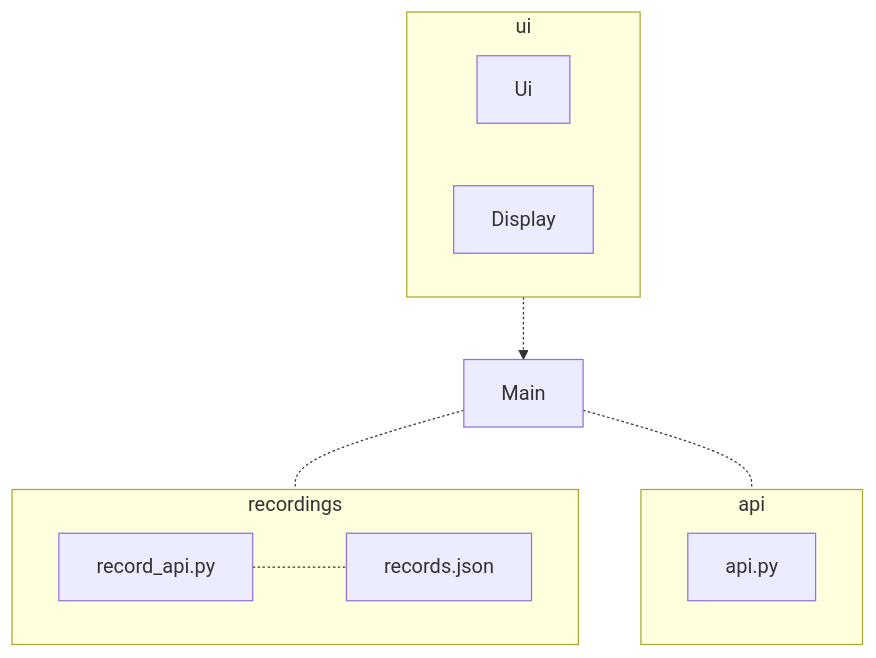
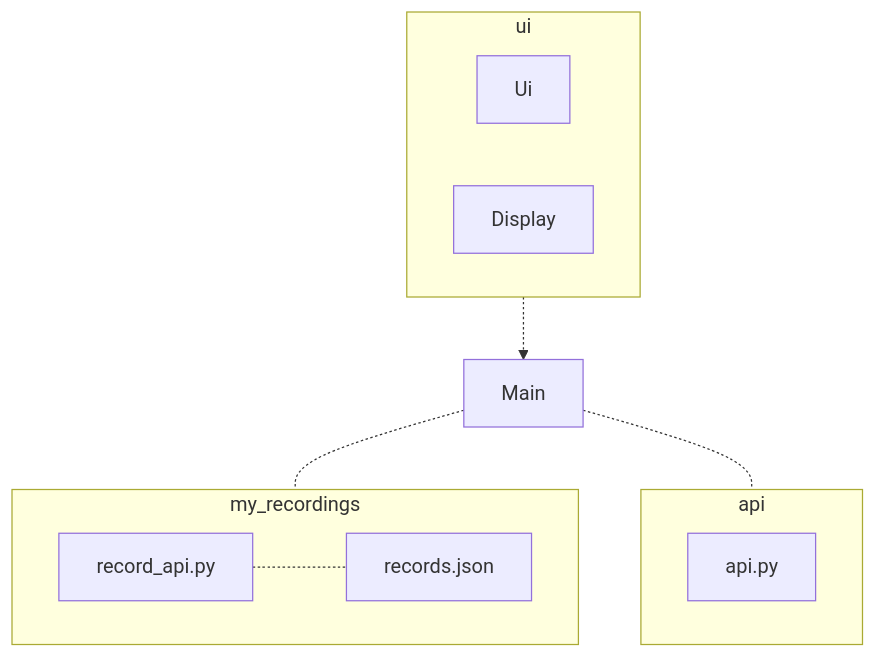
The first of 4 diagrams in bussitt-app/dokumentaatio/arkkitehtuuri.md (astranero/ot-harjoitustyo-1), drawn with Mermaid before and after one commit. The commit also changed other lines of this file and 2 other files, not shown here.

Commit message:
updated gitignore and arkkitehtuuri.md

````diff
--- a/bussitt-app/dokumentaatio/arkkitehtuuri.md
+++ b/bussitt-app/dokumentaatio/arkkitehtuuri.md
@@ -5,24 +5,24 @@
 ```mermaid
 flowchart TB
     subgraph ui
     Ui
     Display
     end
 
     ui -.-> Main
 
-    Main -.- recordings
+    Main -.- my_recordings
 
-    subgraph recordings
+    subgraph my_recordings
     record_api.py
     records.json
 
     record_api.py -.- records.json
     end
 
     Main -.- api
 
     subgraph api
     api.py
     end
 ```
````
